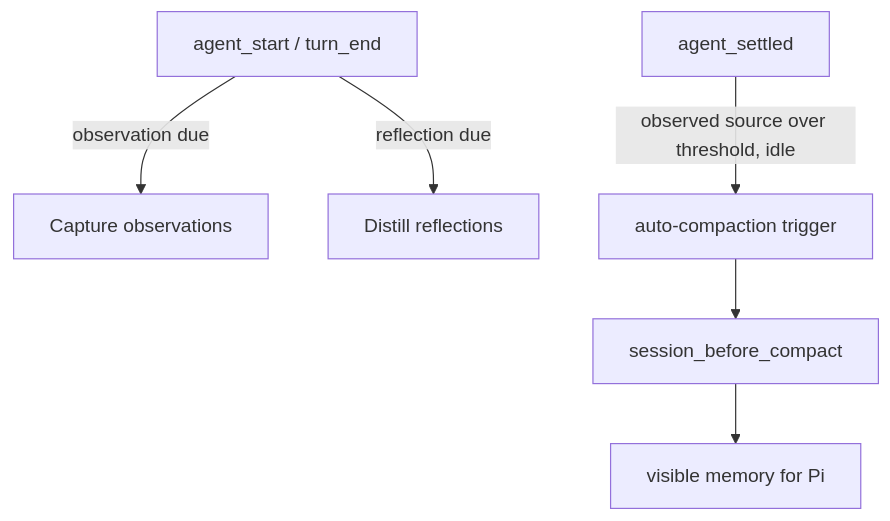
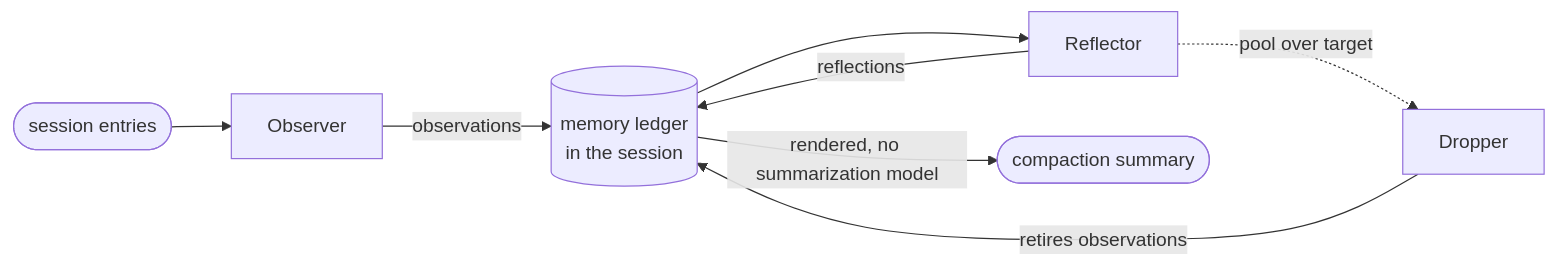
Before and after one commit to drvova/pig-observational-memory: the diagram in README.md, drawn with Mermaid. The commit also changed other lines of this file, not shown here.

````diff
--- a/README.md
+++ b/README.md
@@ -365,14 +57,10 @@
 ```mermaid
-flowchart TD
-    Turn[agent_start / turn_end]
-    Observe[Capture observations]
-    Reflect[Distill reflections]
-    AgentSettled[agent_settled]
-    Trigger[auto-compaction trigger]
-    Compact[session_before_compact]
-    Summary[visible memory for Pi]
-
-    Turn -->|observation due| Observe
-    Turn -->|reflection due| Reflect
-    AgentSettled -->|observed source over threshold, idle| Trigger --> Compact --> Summary
+flowchart LR
+    S([session entries]) --> O[Observer]
+    O -->|observations| L[(memory ledger<br>in the session)]
+    L --> R[Reflector]
+    R -->|reflections| L
+    R -.->|pool over target| D[Dropper]
+    D -->|retires observations| L
+    L -->|rendered, no summarization model| C([compaction summary])
 ```
````
